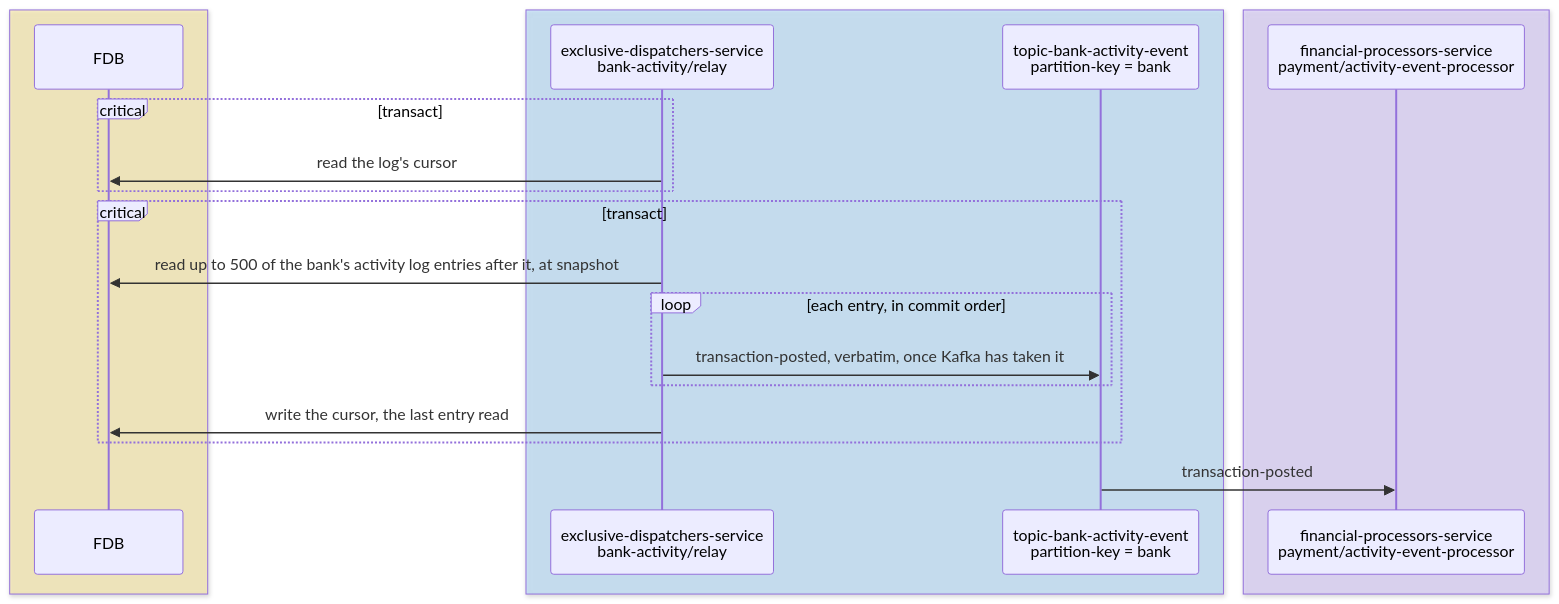
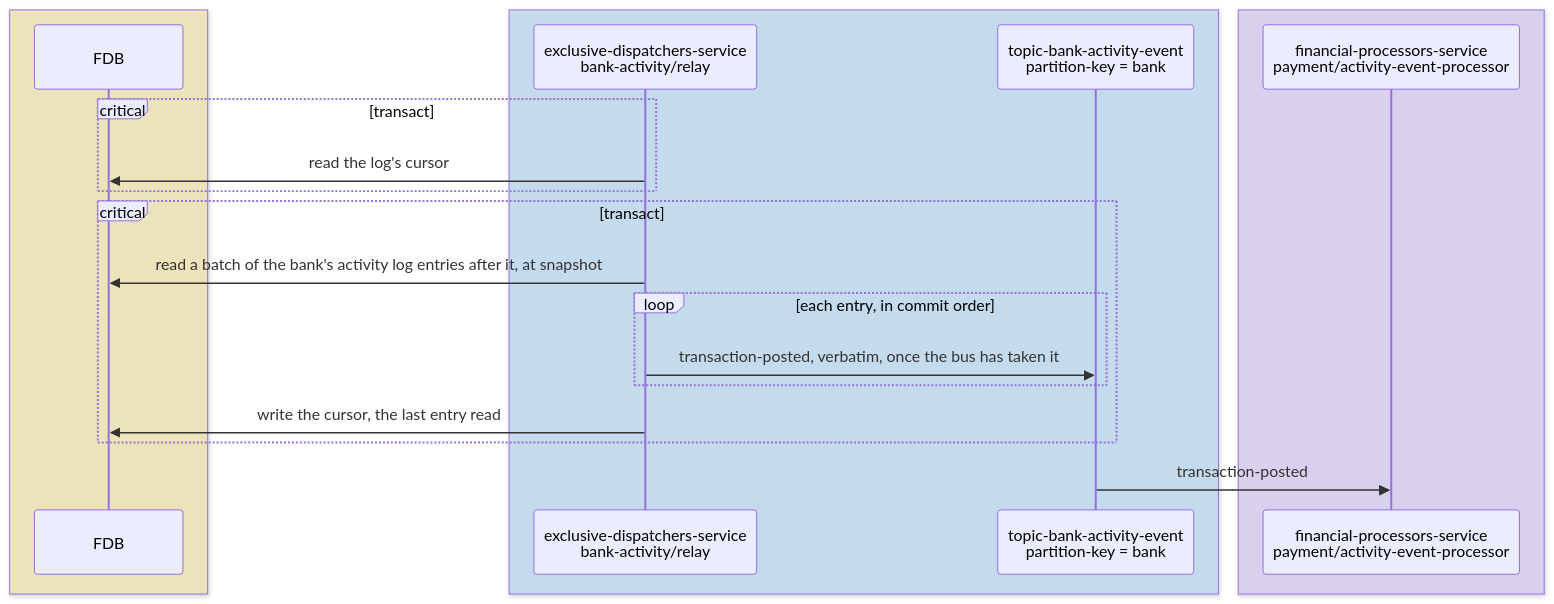
Before and after one commit to repldriven/queenswood: the fourth of 7 diagrams in docs/tdd/payments-internal.md, drawn with Mermaid. The commit also changed other lines of this file, not shown here.

Commit message:
Draw the relay's pass as the batch it publishes

````diff
--- a/docs/tdd/payments-internal.md
+++ b/docs/tdd/payments-internal.md
@@ -224,24 +226,24 @@
 ```mermaid
 sequenceDiagram
     box rgba(255, 236, 153, 0.5)
     participant DB as FDB
     end
     box rgba(165, 216, 255, 0.45)
     participant AR as exclusive-dispatchers-service<br/>bank-activity/relay
     participant AE as topic-bank-activity-event<br/>partition-key = bank
     end
     box rgba(208, 191, 255, 0.45)
     participant AP as financial-processors-service<br/>payment/activity-event-processor
     end
     critical transact
     AR->>DB: read the log's cursor
     end
     critical transact
-    AR->>DB: read up to 500 of the bank's activity log entries after it, at snapshot
+    AR->>DB: read a batch of the bank's activity log entries after it, at snapshot
     loop each entry, in commit order
-    AR->>AE: transaction-posted, verbatim, once Kafka has taken it
+    AR->>AE: transaction-posted, verbatim, once the bus has taken it
     end
     AR->>DB: write the cursor, the last entry read
     end
     AE->>AP: transaction-posted
 ```
````
